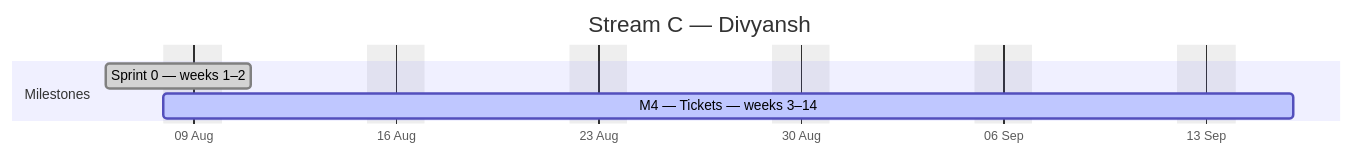
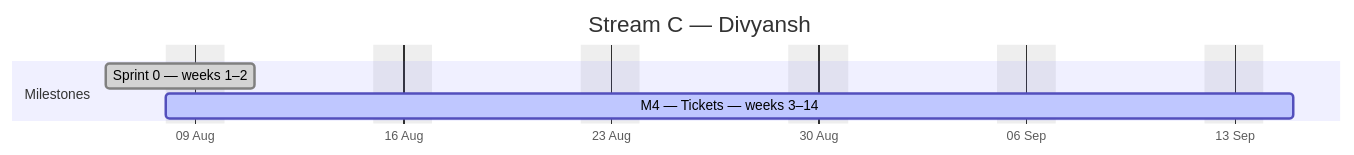
The third of 4 diagrams in docs/plan/GANTT.md (debashisedunext/EduTrack), drawn with Mermaid before and after one commit. The commit also changed other lines of this file and 3 other files, not shown here.

````diff
--- a/docs/plan/GANTT.md
+++ b/docs/plan/GANTT.md
@@ -120,10 +120,10 @@
 ```mermaid
 gantt
     dateFormat YYYY-MM-DD
     axisFormat %d %b
     title Stream C — Divyansh
     excludes weekends
     section Milestones
     Sprint 0 — weeks 1–2 :done, c0, 2026-08-06, 3d
-    M4 — Tickets — weeks 3–14 :active, c1, 2026-08-08, 28d
+    M4 — Tickets — weeks 3–14 :active, c1, 2026-08-08, 27d
 ```
````
